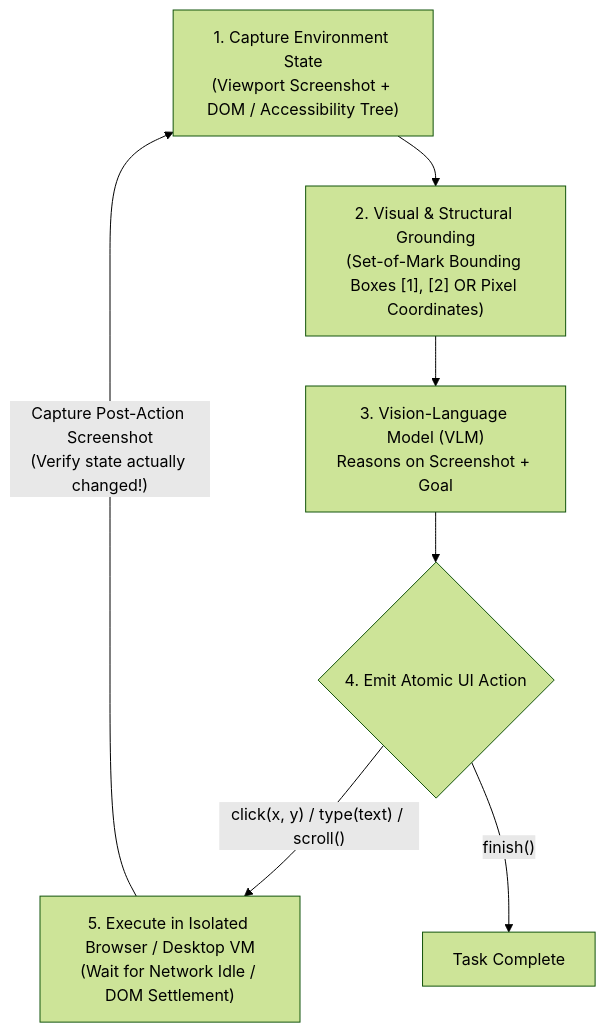
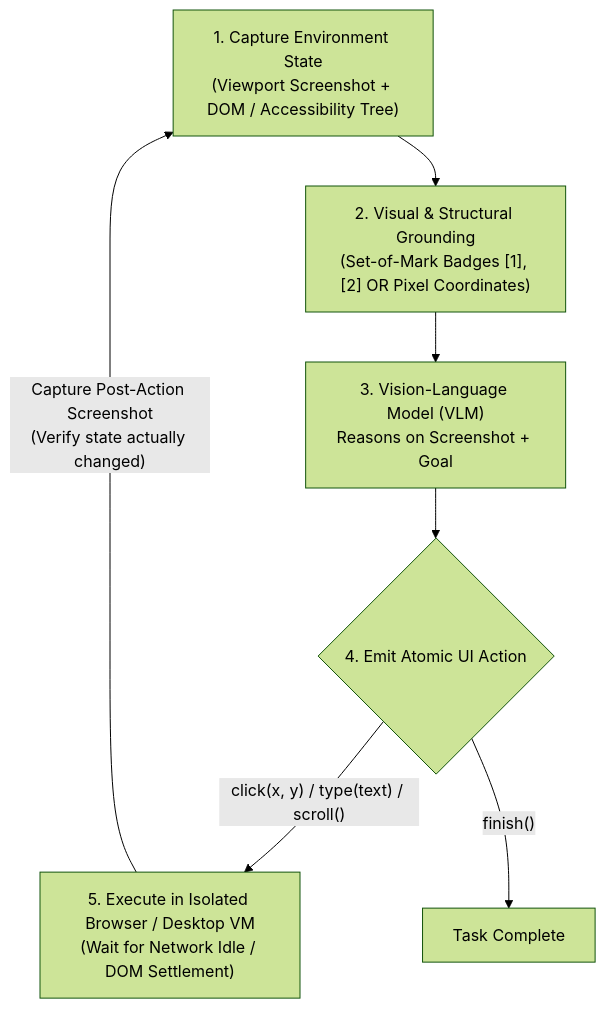
Before and after one commit to Rajdipc/agentic-ai-orchestration-patterns: the second of 2 diagrams in chapter-14-multimodal-computer-use-and-streaming-agents.md, drawn with Mermaid (forest theme). The commit also changed other lines of this file and 18 other files, not shown here.

````diff
--- a/chapter-14-multimodal-computer-use-and-streaming-agents.md
+++ b/chapter-14-multimodal-computer-use-and-streaming-agents.md
@@ -51,9 +65,9 @@
 ```mermaid
 flowchart TD
-    Screen["1. Capture Environment State\n(Viewport Screenshot + DOM / Accessibility Tree)"] --> Ground["2. Visual & Structural Grounding\n(Set-of-Mark Bounding Boxes [1], [2] OR Pixel Coordinates)"]
-    Ground --> VLM["3. Vision-Language Model (VLM)\nReasons on Screenshot + Goal"]
+    Screen["1. Capture Environment State<br/>(Viewport Screenshot + DOM / Accessibility Tree)"] --> Ground["2. Visual & Structural Grounding<br/>(Set-of-Mark Badges [1], [2] OR Pixel Coordinates)"]
+    Ground --> VLM["3. Vision-Language Model (VLM)<br/>Reasons on Screenshot + Goal"]
     VLM --> Action{"4. Emit Atomic UI Action"}
-    Action -- "click(x, y) / type(text) / scroll()" --> Sandbox["5. Execute in Isolated Browser / Desktop VM\n(Wait for Network Idle / DOM Settlement)"]
-    Sandbox -- "Capture Post-Action Screenshot\n(Verify state actually changed!)" --> Screen
+    Action -- "click(x, y) / type(text) / scroll()" --> Sandbox["5. Execute in Isolated Browser / Desktop VM<br/>(Wait for Network Idle / DOM Settlement)"]
+    Sandbox -- "Capture Post-Action Screenshot<br/>(Verify state actually changed)" --> Screen
     Action -- "finish()" --> Done["Task Complete"]
 ```
````
